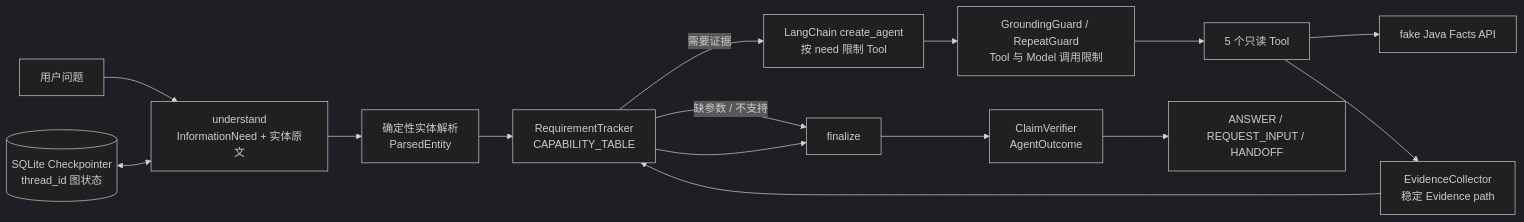
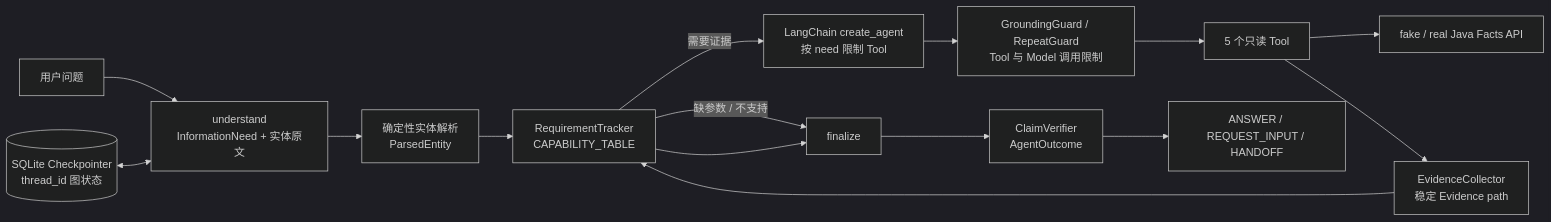
Before and after one commit to azbycxd/group-buy-market: the diagram in README.md, drawn with Mermaid (dark theme). The commit also changed other lines of this file and 13 other files, not shown here.

Commit message:
B3: integrate real Java facts and tracing

````diff
--- a/README.md
+++ b/README.md
@@ -7,17 +7,17 @@
 ```mermaid
 flowchart LR
     U[用户问题] --> N[understand<br/>InformationNeed + 实体原文]
     CP[(SQLite Checkpointer<br/>thread_id 图状态)] <--> N
     N --> P[确定性实体解析<br/>ParsedEntity]
     P --> R[RequirementTracker<br/>CAPABILITY_TABLE]
     R -->|需要证据| A[LangChain create_agent<br/>按 need 限制 Tool]
     R -->|缺参数 / 不支持| F[finalize]
     A --> G[GroundingGuard / RepeatGuard<br/>Tool 与 Model 调用限制]
     G --> T[5 个只读 Tool]
-    T --> J[fake Java Facts API]
+    T --> J[fake / real Java Facts API]
     T --> E[EvidenceCollector<br/>稳定 Evidence path]
     E --> R
     R --> F
     F --> C[ClaimVerifier<br/>AgentOutcome]
     C --> O[ANSWER / REQUEST_INPUT / HANDOFF]
 ```
````
